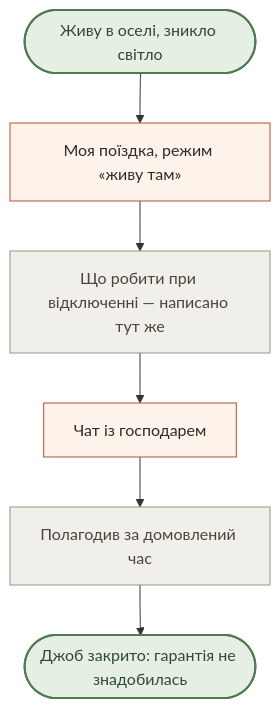
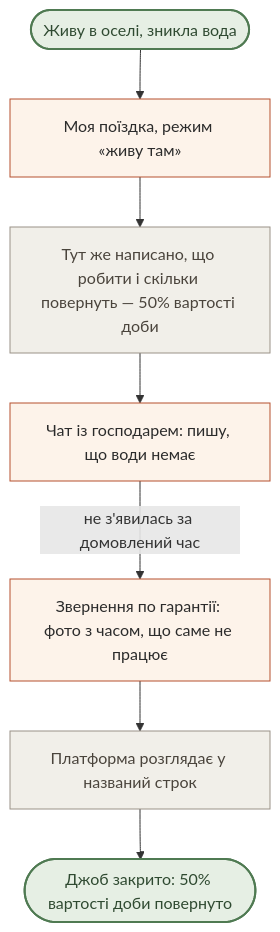
Before and after one commit to sofiya5395870-sys/khata-v-seli: the seventh of 10 diagrams in ia/flows.md, drawn with Mermaid. The commit also changed other lines of this file and 1 other file, not shown here.

Commit message:
Put a switch on every flow and make E1's happy path about the money
The two views used to be two tabs at the top of the section, so
comparing a job's happy path with its full flow meant switching tab
and scrolling back to find the job again. Each flow now carries its
own switch under its heading, and the diagram changes in place.

E1's happy path said "the host fixed it", which is a happy ending for
the host. For the guest the happy ending is that something broke and
the money came back: the trip screen says what to do and how much is
owed — 50% вартості доби — before she writes to the host, and the
claim is a step on the path rather than a fallback, with what to
attach and when the platform answers.

The links to the job wording now read "у розділі «Джоби»" in all ten
places; half of them said "у кроці 2" and half wrapped the whole line
in the link.

````diff
--- a/ia/flows.md
+++ b/ia/flows.md
@@ -294,15 +294,16 @@
 ```mermaid
 flowchart TD
-    Start(["Живу в оселі, зникло світло"]) --> Trip["Моя поїздка, режим «живу там»"]
-    Trip --> Know["Що робити при відключенні — написано тут же"]
-    Know --> Chat["Чат із господарем"]
-    Chat --> Fixed["Полагодив за домовлений час"]
-    Fixed --> Win(["Джоб закрито: гарантія не знадобилась"])
+    Start(["Живу в оселі, зникла вода"]) --> Trip["Моя поїздка, режим «живу там»"]
+    Trip --> Know["Тут же написано, що робити і скільки повернуть — 50% вартості доби"]
+    Know --> Chat["Чат із господарем: пишу, що води немає"]
+    Chat -->|не з'явилась за домовлений час| Claim["Звернення по гарантії: фото з часом, що саме не працює"]
+    Claim --> Review["Платформа розглядає у названий строк"]
+    Review --> Win(["Джоб закрито: 50% вартості доби повернуто"])
 
     classDef screen fill:#fdf3ea,stroke:#b5502e,color:#2b2b2b
     classDef state fill:#f1efe9,stroke:#9a9287,color:#4a443c
     classDef win fill:#e6efe4,stroke:#4f7a52,stroke-width:2px,color:#2f4a31
-    class Trip,Chat screen
-    class Know,Fixed state
+    class Trip,Chat,Claim screen
+    class Know,Review state
     class Start,Win win
 ```
````
